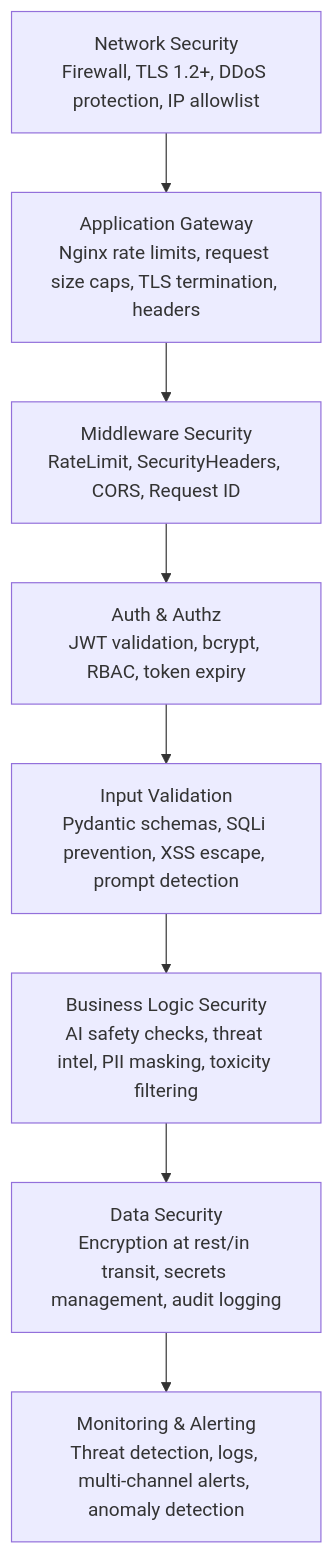
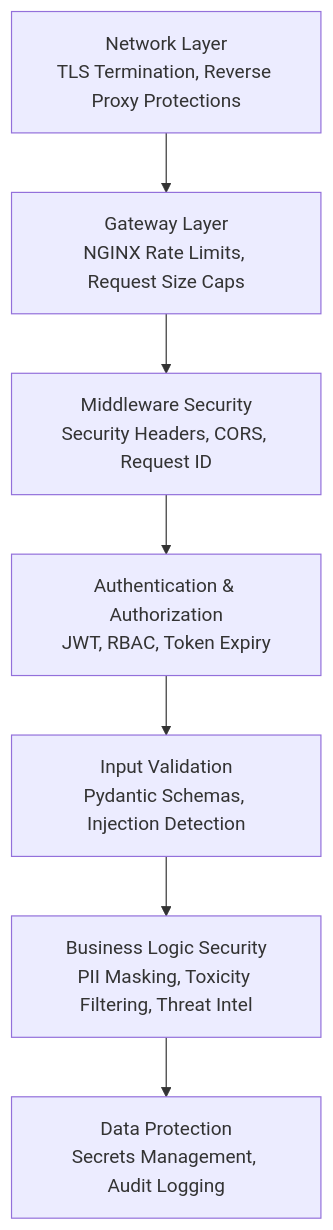
One commit to SabarishR08/llm-prompt-security-middleware changed the sixth of 8 diagrams in docs/ARCHITECTURE.md. Above: the diagram before and after it, drawn with Mermaid. The commit also changed other lines of this file, not shown here.

````diff
--- a/docs/ARCHITECTURE.md
+++ b/docs/ARCHITECTURE.md
@@ -93,11 +93,10 @@
 ```mermaid
 flowchart TD
-    L1[Network Security<br/>Firewall, TLS 1.2+, DDoS protection, IP allowlist] --> L2
-    L2[Application Gateway<br/>Nginx rate limits, request size caps, TLS termination, headers] --> L3
-    L3[Middleware Security<br/>RateLimit, SecurityHeaders, CORS, Request ID] --> L4
-    L4[Auth & Authz<br/>JWT validation, bcrypt, RBAC, token expiry] --> L5
-    L5[Input Validation<br/>Pydantic schemas, SQLi prevention, XSS escape, prompt detection] --> L6
-    L6[Business Logic Security<br/>AI safety checks, threat intel, PII masking, toxicity filtering] --> L7
-    L7[Data Security<br/>Encryption at rest/in transit, secrets management, audit logging] --> L8
-    L8[Monitoring & Alerting<br/>Threat detection, logs, multi-channel alerts, anomaly detection]
+    L1[Network Layer<br/>TLS Termination, Reverse Proxy Protections] --> L2
+    L2[Gateway Layer<br/>NGINX Rate Limits, Request Size Caps] --> L3
+    L3[Middleware Security<br/>Security Headers, CORS, Request ID] --> L4
+    L4[Authentication & Authorization<br/>JWT, RBAC, Token Expiry] --> L5
+    L5[Input Validation<br/>Pydantic Schemas, Injection Detection] --> L6
+    L6[Business Logic Security<br/>PII Masking, Toxicity Filtering, Threat Intel] --> L7
+    L7[Data Protection<br/>Secrets Management, Audit Logging]
 ```
````
